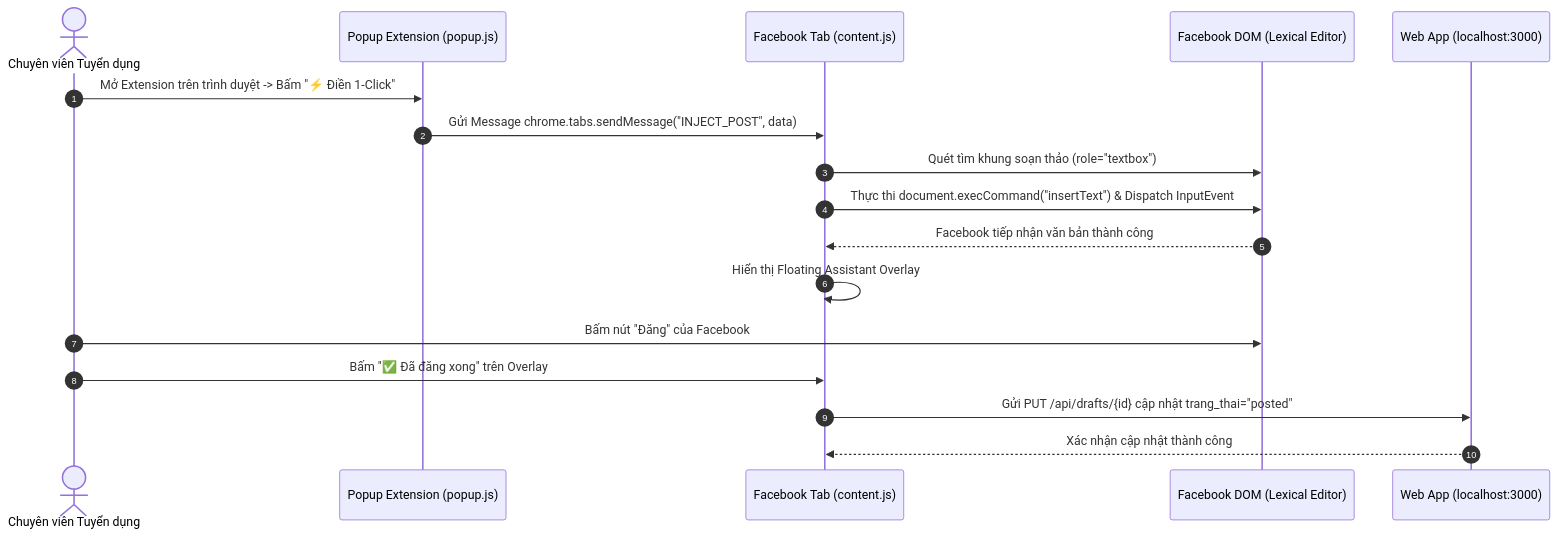
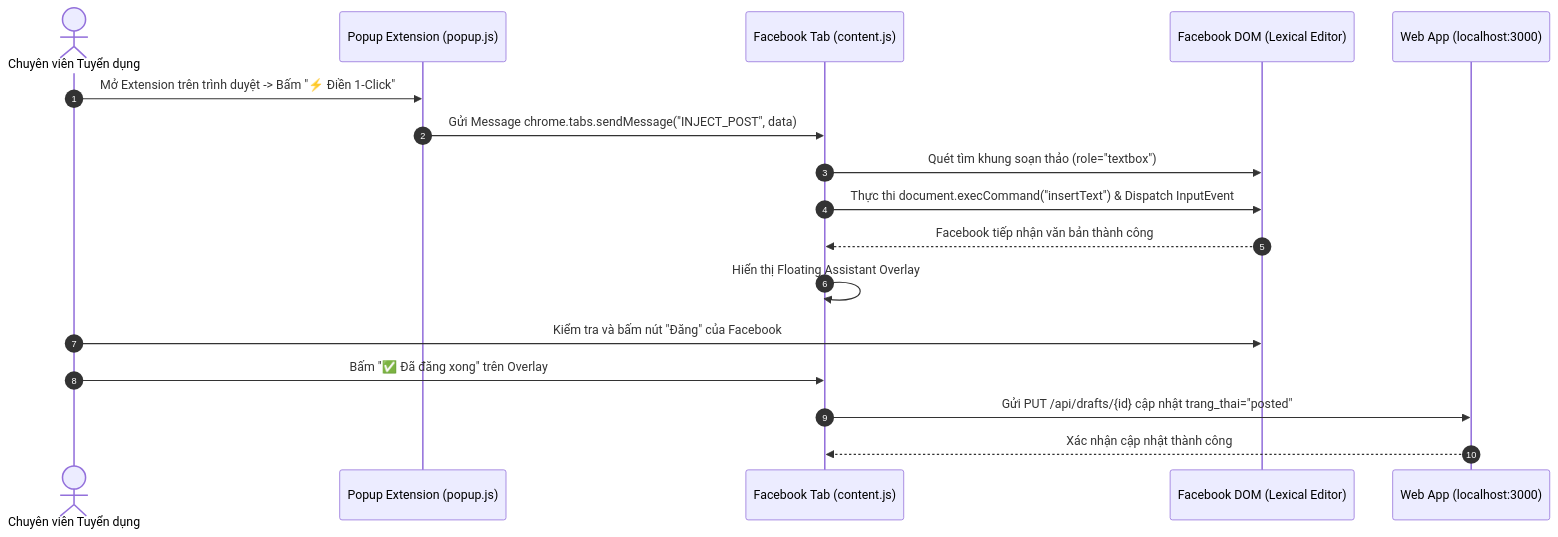
Before and after one commit to thanh063456/luaga: the eighth of 9 diagrams in docs/Báo cáo tiến độ thực tập lần 2 - Ngô Công Thành.md, drawn with Mermaid. The commit also changed other lines of this file and 1 other file, not shown here.

````diff
--- a/docs/Báo cáo tiến độ thực tập lần 2 - Ngô Công Thành.md
+++ b/docs/Báo cáo tiến độ thực tập lần 2 - Ngô Công Thành.md
@@ -309,20 +314,20 @@
 ```mermaid
 sequenceDiagram
     autonumber
     actor HR as Chuyên viên Tuyển dụng
     participant Ext as Popup Extension (popup.js)
     participant Tab as Facebook Tab (content.js)
     participant DOM as Facebook DOM (Lexical Editor)
     participant API as Web App (localhost:3000)
 
     HR->>Ext: Mở Extension trên trình duyệt -> Bấm "⚡ Điền 1-Click"
     Ext->>Tab: Gửi Message chrome.tabs.sendMessage("INJECT_POST", data)
     Tab->>DOM: Quét tìm khung soạn thảo (role="textbox")
     Tab->>DOM: Thực thi document.execCommand("insertText") & Dispatch InputEvent
     DOM-->>Tab: Facebook tiếp nhận văn bản thành công
     Tab->>Tab: Hiển thị Floating Assistant Overlay
-    HR->>DOM: Bấm nút "Đăng" của Facebook
+    HR->>DOM: Kiểm tra và bấm nút "Đăng" của Facebook
     HR->>Tab: Bấm "✅ Đã đăng xong" trên Overlay
     Tab->>API: Gửi PUT /api/drafts/{id} cập nhật trang_thai="posted"
     API-->>Tab: Xác nhận cập nhật thành công
 ```
````
